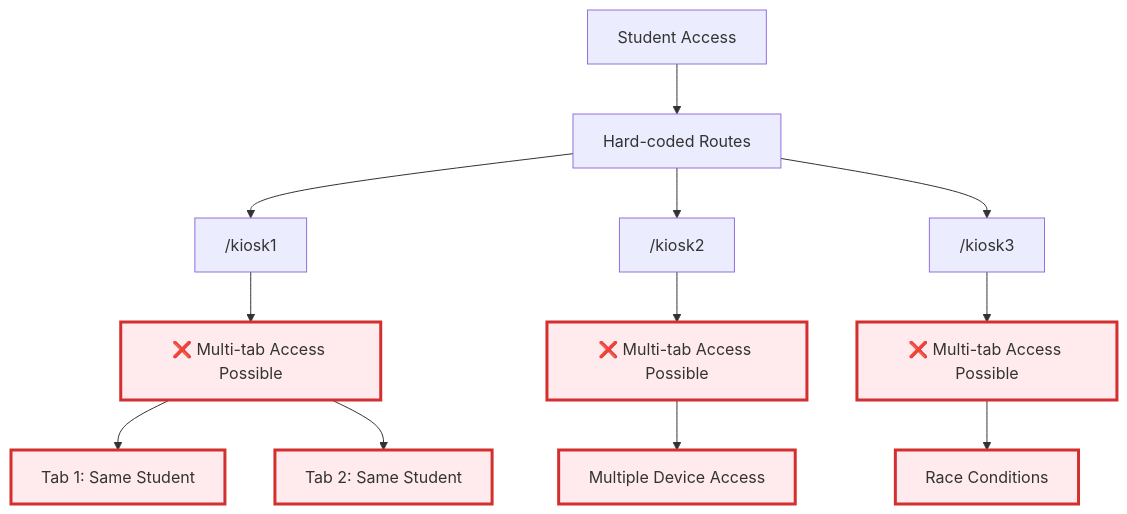
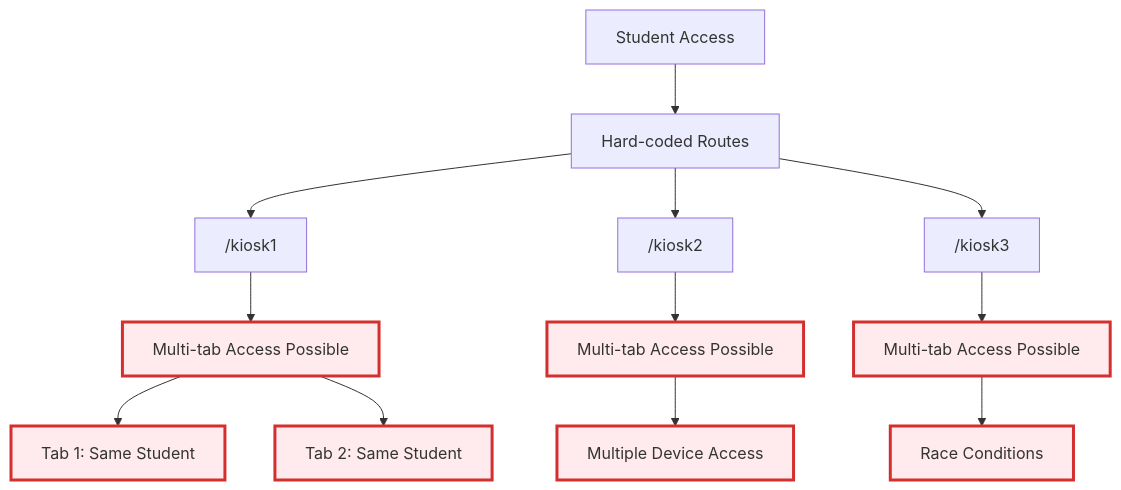
One commit to Splurfa/bx-os changed the first of 5 diagrams in Docs/Flowcharts/Current-State/02-current-kiosk-logic.md. Above: the diagram before and after it, drawn with Mermaid. The commit also changed other lines of this file and 12 other files, not shown here.

First line of the commit message:
Fix flowchart syntax and numbering

````diff
--- a/Docs/Flowcharts/Current-State/02-current-kiosk-logic.md
+++ b/Docs/Flowcharts/Current-State/02-current-kiosk-logic.md
@@ -7,24 +7,24 @@
 ```mermaid
 flowchart TD
     A[Student Access] --> B[Hard-coded Routes]
     B --> C["/kiosk1"]
     B --> D["/kiosk2"] 
     B --> E["/kiosk3"]
     
-    C --> F[❌ Multi-tab Access Possible]
-    D --> G[❌ Multi-tab Access Possible]
-    E --> H[❌ Multi-tab Access Possible]
+    C --> F[Multi-tab Access Possible]
+    D --> G[Multi-tab Access Possible]
+    E --> H[Multi-tab Access Possible]
     
     F --> I[Tab 1: Same Student]
     F --> J[Tab 2: Same Student]
     G --> K[Multiple Device Access]
     H --> L[Race Conditions]
     
     style F fill:#ffebee,stroke:#d32f2f,stroke-width:3px
     style G fill:#ffebee,stroke:#d32f2f,stroke-width:3px
     style H fill:#ffebee,stroke:#d32f2f,stroke-width:3px
     style I fill:#ffebee,stroke:#d32f2f,stroke-width:3px
     style J fill:#ffebee,stroke:#d32f2f,stroke-width:3px
     style K fill:#ffebee,stroke:#d32f2f,stroke-width:3px
     style L fill:#ffebee,stroke:#d32f2f,stroke-width:3px
 ```
````
